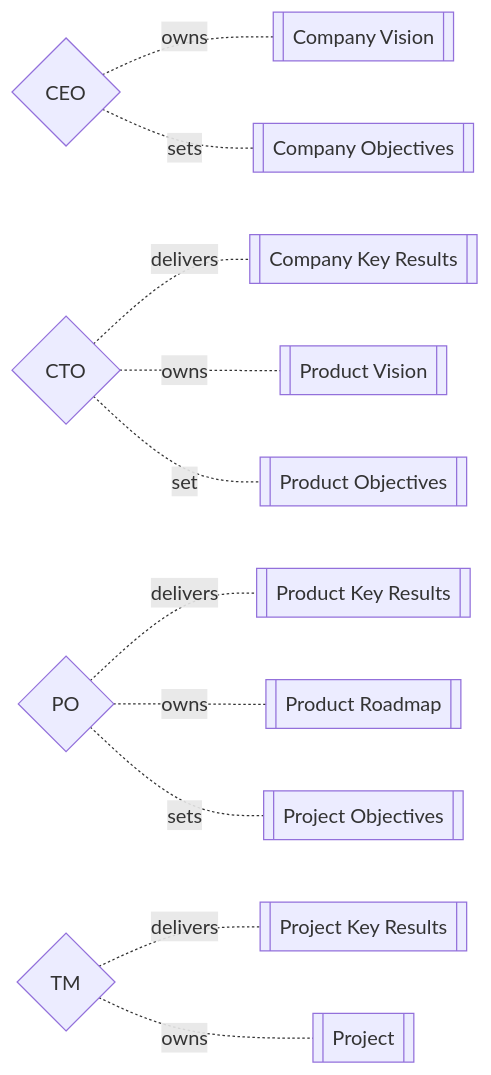
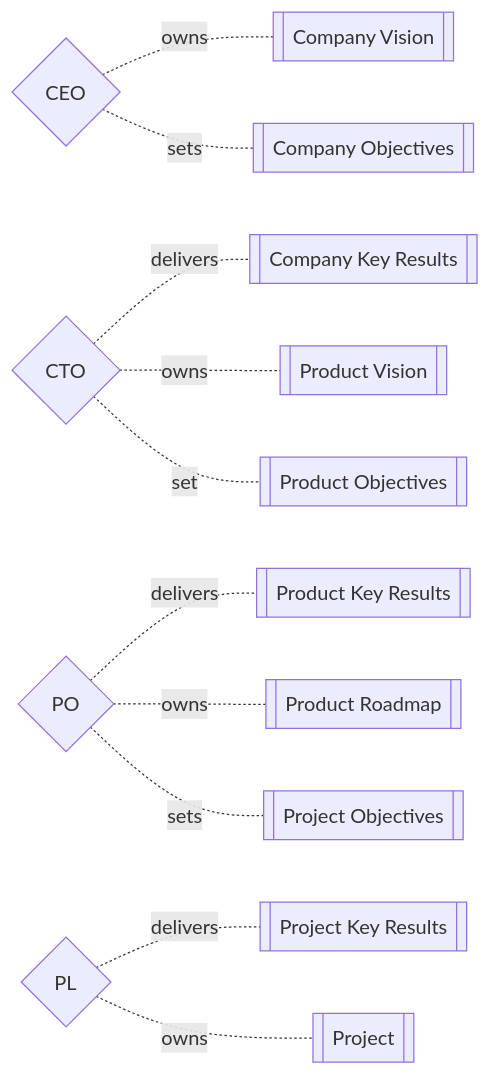
The second of 2 diagrams in team_structure.md (voiio/voiio.github.io), drawn with Mermaid before and after one commit. The commit also changed other lines of this file and 1 other file, not shown here.

````diff
--- a/team_structure.md
+++ b/team_structure.md
@@ -24,27 +24,27 @@
 ```mermaid
 flowchart LR
     CEO{CEO};
     CTO{CTO};
     PO{PO};
-    TM{TM};
+    TM{PL};
     companyVision[[Company Vision]];
     productVision[[Product Vision]];
     productRoadmap[[Product Roadmap]];
     companyObjectives[[Company Objectives]];
     companyKeyResults[[Company Key Results]];
     productObjectives[[Product Objectives]];
     productKeyResults[[Product Key Results]];
     projectKeyResults[[Project Key Results]];
     projectObjectives[[Project Objectives]];
     project[[Project]];
     CEO -. owns .- companyVision;
     CEO -. sets .- companyObjectives;
     CTO -. delivers .- companyKeyResults;
     CTO -. owns .- productVision;
     CTO -. set .- productObjectives;
     PO -. delivers .- productKeyResults;
     PO -. owns .- productRoadmap;
     PO -. sets .- projectObjectives;
     TM -. delivers .- projectKeyResults;
     TM -. owns .- project;
 ```
````
